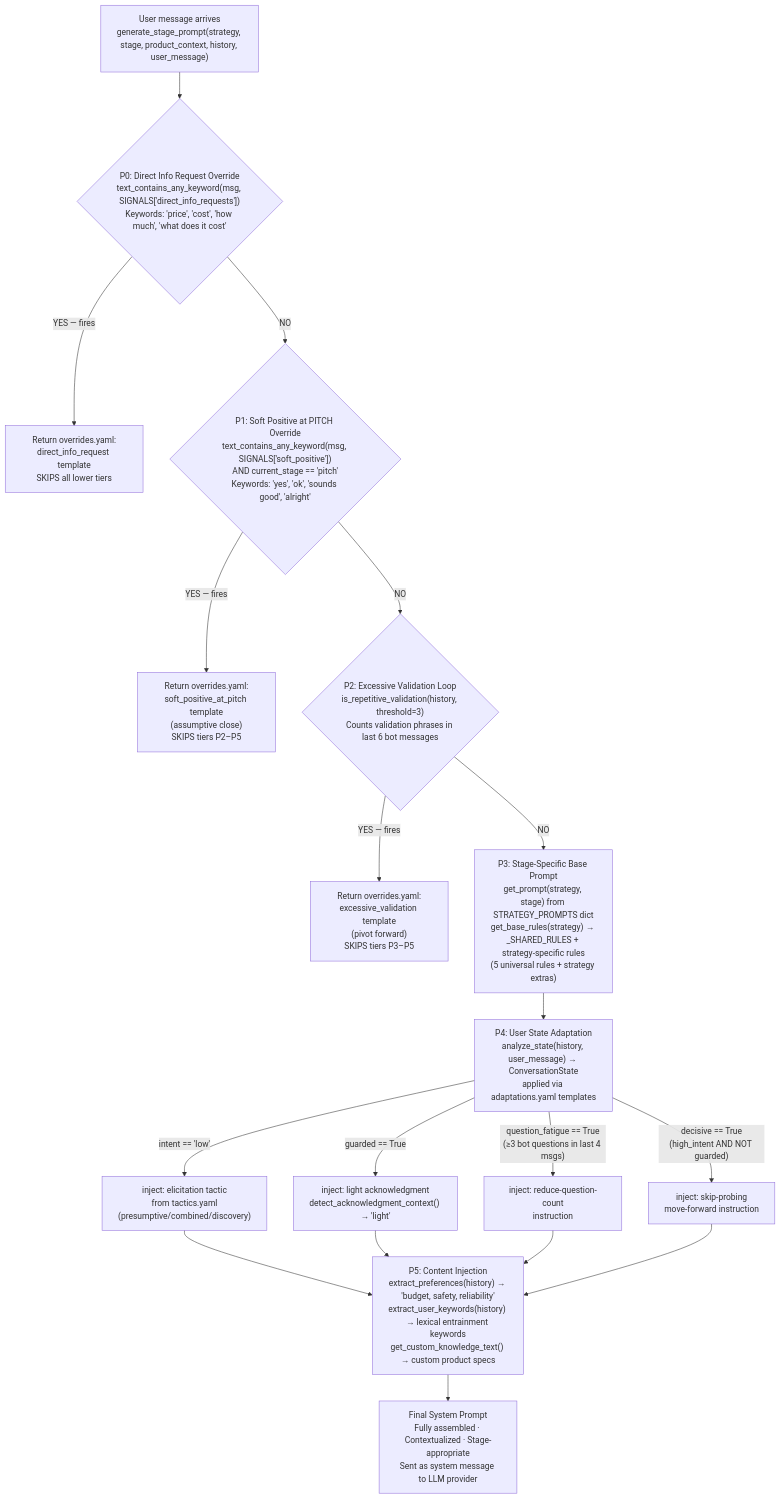
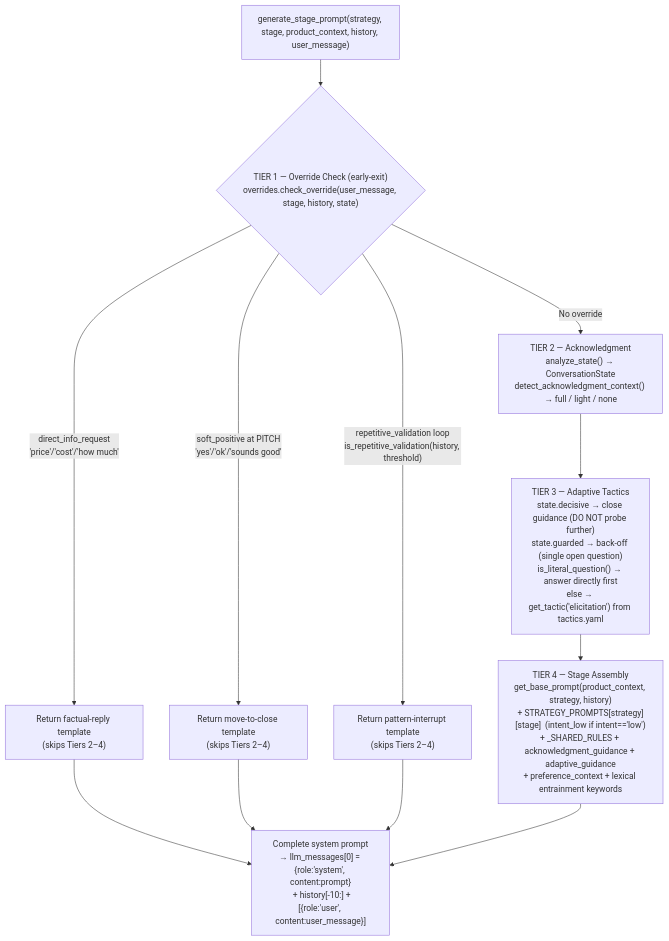
One commit to shaf-aston/FYP-sales-training-tool changed the tenth of 10 diagrams in Documentation/ARCHITECTURE_CONSOLIDATED.md. Above: the diagram before and after it, drawn with Mermaid. The commit also changed other lines of this file and 51 other files, not shown here.

````diff
--- a/Documentation/ARCHITECTURE_CONSOLIDATED.md
+++ b/Documentation/ARCHITECTURE_CONSOLIDATED.md
@@ -1226,29 +1295,39 @@
 ```mermaid
 flowchart TD
-    UM["User message arrives\ngenerate_stage_prompt(strategy, stage, product_context, history, user_message)"]
+    UM["generate_stage_prompt(strategy, stage, product_context, history, user_message)"]
 
-    UM --> P0{"P0: Direct Info Request Override\ntext_contains_any_keyword(msg, SIGNALS['direct_info_requests'])\nKeywords: 'price', 'cost', 'how much', 'what does it cost'"}
-    P0 -->|"YES — fires"| S0["Return overrides.yaml:\ndirect_info_request template\nSKIPS all lower tiers"]
-    P0 -->|"NO"| P1
+    UM --> T1{"TIER 1 — Override Check (early-exit)
+overrides.check_override(user_message, stage, history, state)"}
+    T1 -->|"direct_info_request
+'price'/'cost'/'how much'"| OV1["Return factual-reply template
+(skips Tiers 2–4)"]
+    T1 -->|"soft_positive at PITCH
+'yes'/'ok'/'sounds good'"| OV2["Return move-to-close template
+(skips Tiers 2–4)"]
+    T1 -->|"repetitive_validation loop
+is_repetitive_validation(history, threshold)"| OV3["Return pattern-interrupt template
+(skips Tiers 2–4)"]
+    T1 -->|"No override"| T2
 
-    P1{"P1: Soft Positive at PITCH Override\ntext_contains_any_keyword(msg, SIGNALS['soft_positive'])\nAND current_stage == 'pitch'\nKeywords: 'yes', 'ok', 'sounds good', 'alright'"}
-    P1 -->|"YES — fires"| S1["Return overrides.yaml:\nsoft_positive_at_pitch template\n(assumptive close)\nSKIPS tiers P2–P5"]
-    P1 -->|"NO"| P2
+    OV1 & OV2 & OV3 --> FINAL
 
-    P2{"P2: Excessive Validation Loop\nis_repetitive_validation(history, threshold=3)\nCounts validation phrases in last 6 bot messages"}
-    P2 -->|"YES — fires"| S2["Return overrides.yaml:\nexcessive_validation template\n(pivot forward)\nSKIPS tiers P3–P5"]
-    P2 -->|"NO"| P3
+    T2["TIER 2 — Acknowledgment
+analyze_state() → ConversationState
+detect_acknowledgment_context() → full / light / none"]
 
-    P3["P3: Stage-Specific Base Prompt\nget_prompt(strategy, stage) from STRATEGY_PROMPTS dict\nget_base_rules(strategy) → _SHARED_RULES + strategy-specific rules\n(5 universal rules + strategy extras)"]
+    T2 --> T3["TIER 3 — Adaptive Tactics
+state.decisive → close guidance (DO NOT probe further)
+state.guarded → back-off (single open question)
+is_literal_question() → answer directly first
+else → get_tactic('elicitation') from tactics.yaml"]
 
-    P3 --> P4["P4: User State Adaptation\nanalyze_state(history, user_message) → ConversationState\napplied via adaptations.yaml templates"]
+    T3 --> T4["TIER 4 — Stage Assembly
+get_base_prompt(product_context, strategy, history)
++ STRATEGY_PROMPTS[strategy][stage]  (intent_low if intent=='low')
++ _SHARED_RULES + acknowledgment_guidance + adaptive_guidance
++ preference_context + lexical entrainment keywords"]
 
-    P4 -->|"intent == 'low'"| A1["inject: elicitation tactic\nfrom tactics.yaml\n(presumptive/combined/discovery)"]
-    P4 -->|"guarded == True"| A2["inject: light acknowledgment\ndetect_acknowledgment_context() → 'light'"]
-    P4 -->|"question_fatigue == True\n(≥3 bot questions in last 4 msgs)"| A3["inject: reduce-question-count\ninstruction"]
-    P4 -->|"decisive == True\n(high_intent AND NOT guarded)"| A4["inject: skip-probing\nmove-forward instruction"]
-
-    A1 & A2 & A3 & A4 --> P5["P5: Content Injection\nextract_preferences(history) → 'budget, safety, reliability'\nextract_user_keywords(history) → lexical entrainment keywords\nget_custom_knowledge_text() → custom product specs"]
-
-    P5 --> FINAL["Final System Prompt\nFully assembled · Contextualized · Stage-appropriate\nSent as system message to LLM provider"]
+    T4 --> FINAL["Complete system prompt
+→ llm_messages[0] = {role:'system', content:prompt}
+  + history[-10:] + [{role:'user', content:user_message}]"]
 ```
````
